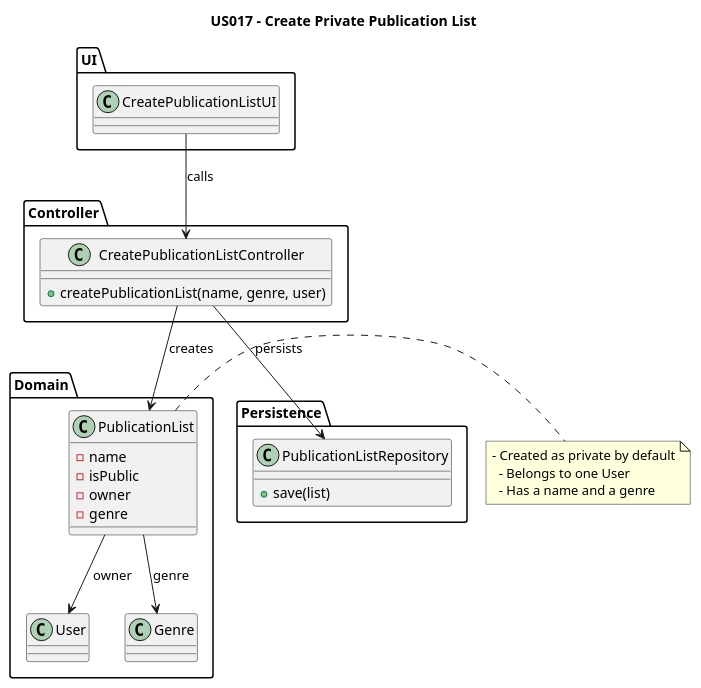
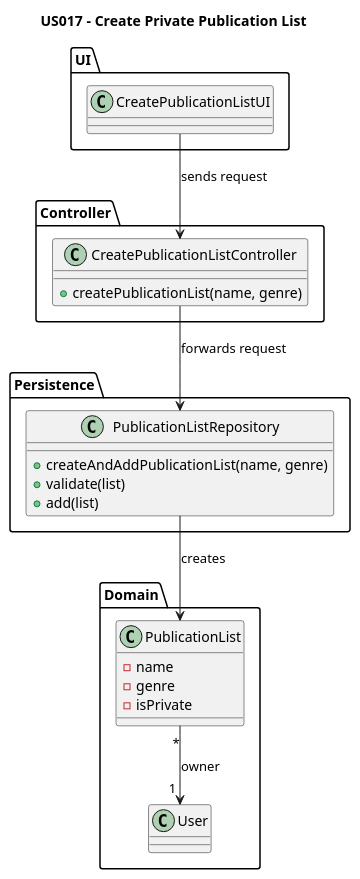
The diagram in Diagrams/ClassDiagrams/US017-to-create-private-publication-list.puml (AndrePereiraGitH/SWitCH-Project-Team_A), drawn with PlantUML before and after one commit. The commit also changed 5 other files, not shown here.

Commit message:
#88 #89 and #92 #94: update SSD (N1), sequence (N2) and class diagrams

```diff
--- a/Diagrams/ClassDiagrams/US017-to-create-private-publication-list.puml
+++ b/Diagrams/ClassDiagrams/US017-to-create-private-publication-list.puml
@@ -1,45 +1,37 @@
 @startuml
 title US017 - Create Private Publication List
 
 package "UI" {
   class CreatePublicationListUI
 }
 
 package "Controller" {
   class CreatePublicationListController {
-    +createPublicationList(name, genre, user)
+    +createPublicationList(name, genre)
+  }
+}
+
+package "Persistence" {
+  class PublicationListRepository {
+    +createAndAddPublicationList(name, genre)
+    +validate(list)
+    +add(list)
   }
 }
 
 package "Domain" {
   class PublicationList {
     -name
-    -isPublic
-    -owner
     -genre
+    -isPrivate
   }
 
-    class User
-    class Genre
-  }
+  class User
 
-package "Persistence" {
-  class PublicationListRepository {
-    +save(list)
-  }
-}
+CreatePublicationListUI --> CreatePublicationListController : sends request
+CreatePublicationListController --> PublicationListRepository : forwards request
+PublicationListRepository --> PublicationList : creates
 
-CreatePublicationListUI --> CreatePublicationListController : calls
-CreatePublicationListController --> PublicationList : creates
-CreatePublicationListController --> PublicationListRepository : persists
-
-PublicationList --> User : owner
-PublicationList --> Genre : genre
-
-note right of PublicationList
-  - Created as private by default
-    - Belongs to one User
-    - Has a name and a genre
-end note
+PublicationList "*" --> "1 " User : owner
 
 @enduml
```
